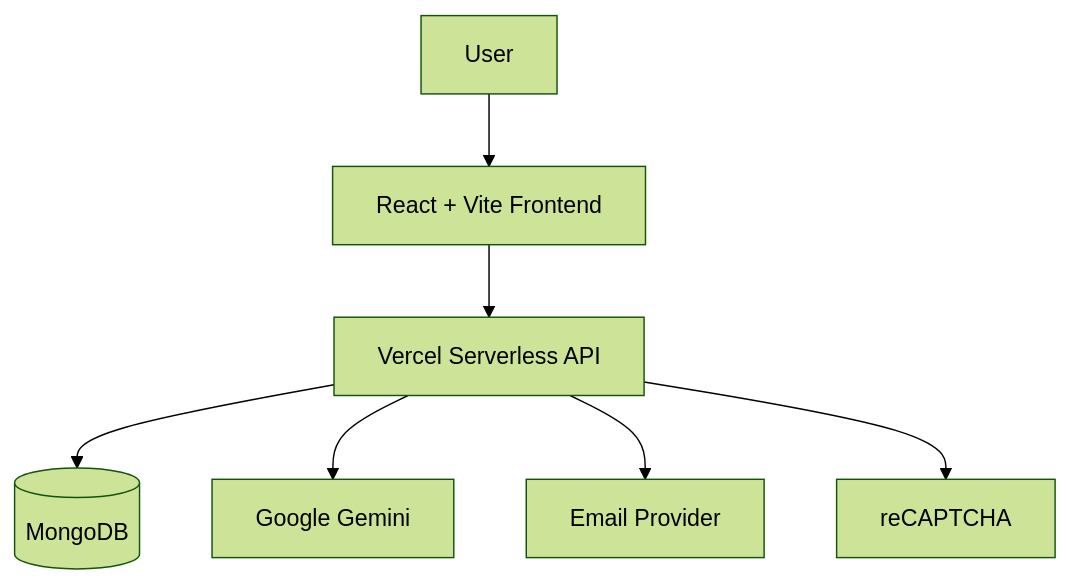
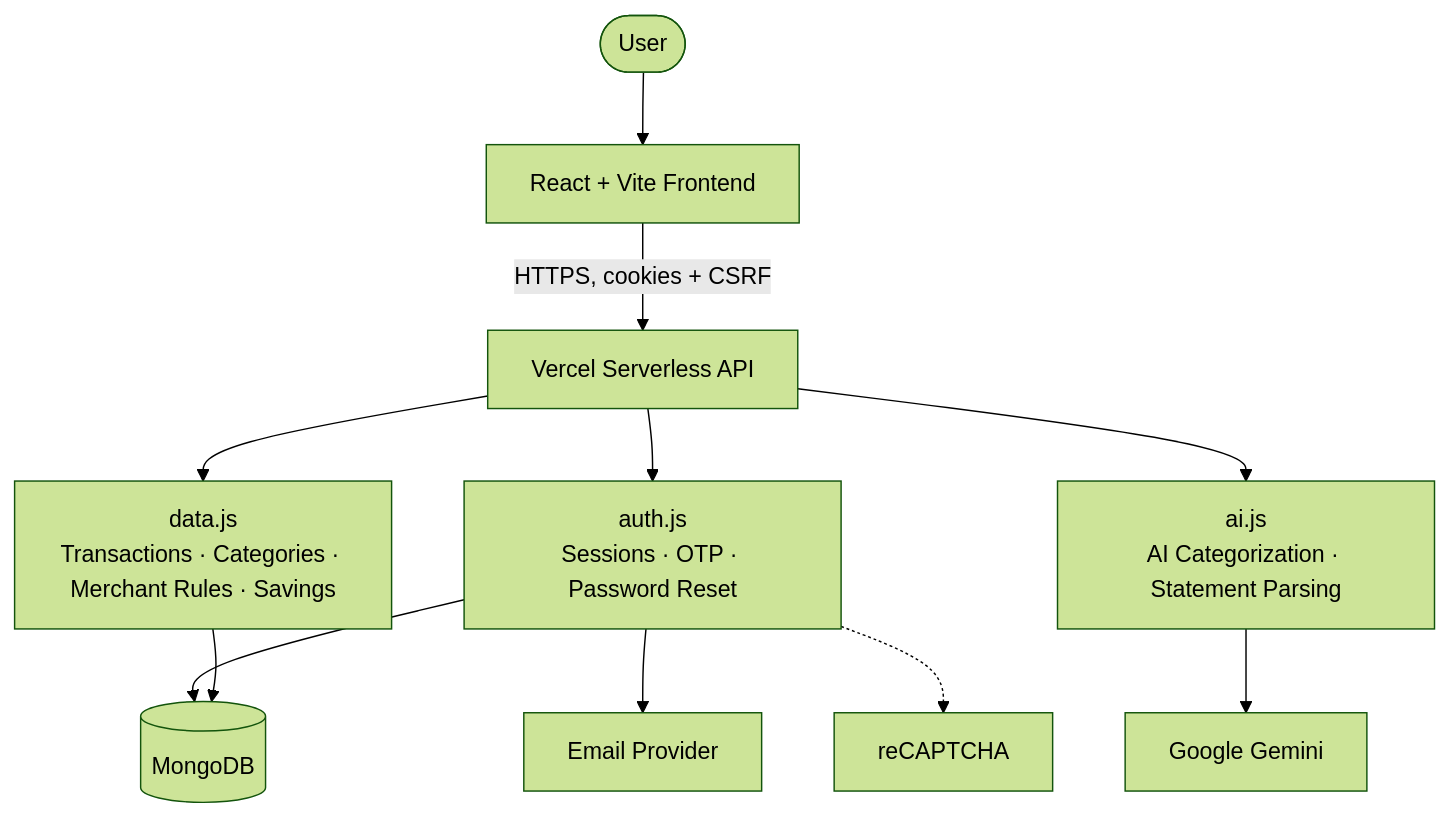
One commit to paramcharnanand/CashCanvas changed the diagram in README.md. Above: the diagram before and after it, drawn with Mermaid (forest theme). The commit also changed other lines of this file and 1 other file, not shown here.

Commit message:
Add detailed architecture diagram and docs/architecture.md

````diff
--- a/README.md
+++ b/README.md
@@ -32,17 +32,15 @@
 ```mermaid
 flowchart TD
-    U[User]
-    F[React + Vite Frontend]
-    A[Vercel Serverless API]
-    DB[(MongoDB)]
-    AI[Google Gemini]
-    E[Email Provider]
-    R[reCAPTCHA]
+    U([User]) --> FE[React + Vite Frontend]
+    FE -->|HTTPS, cookies + CSRF| API[Vercel Serverless API]
 
-    U --> F
-    F --> A
-    A --> DB
-    A --> AI
-    A --> E
-    A --> R
+    API --> AUTH["auth.js<br/>Sessions · OTP · Password Reset"]
+    API --> DATA["data.js<br/>Transactions · Categories · Merchant Rules · Savings"]
+    API --> AI["ai.js<br/>AI Categorization · Statement Parsing"]
+
+    AUTH --> DB[(MongoDB)]
+    DATA --> DB
+    AUTH --> MAILSVC[Email Provider]
+    AUTH -.-> CAPTCHA[reCAPTCHA]
+    AI --> GEMINI[Google Gemini]
 ```
````
